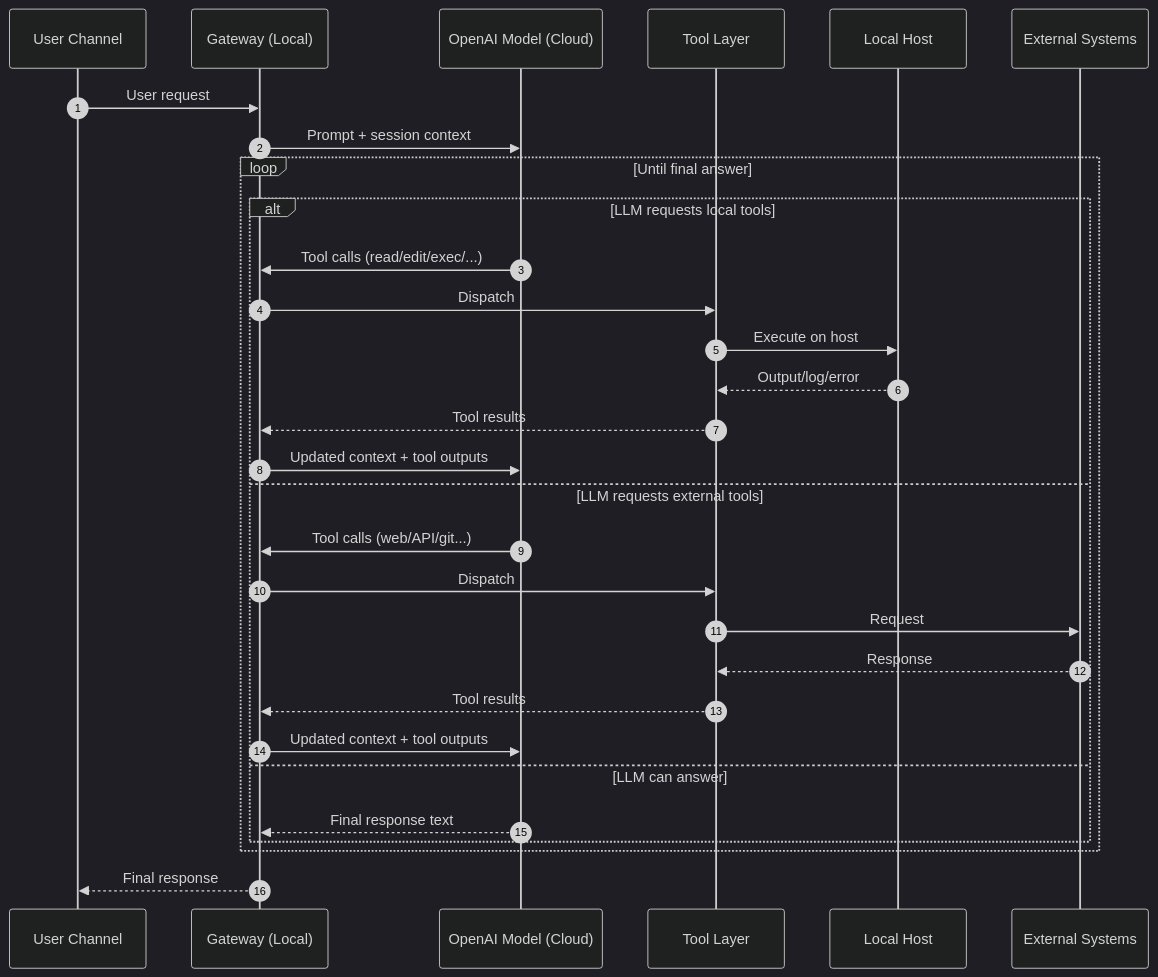
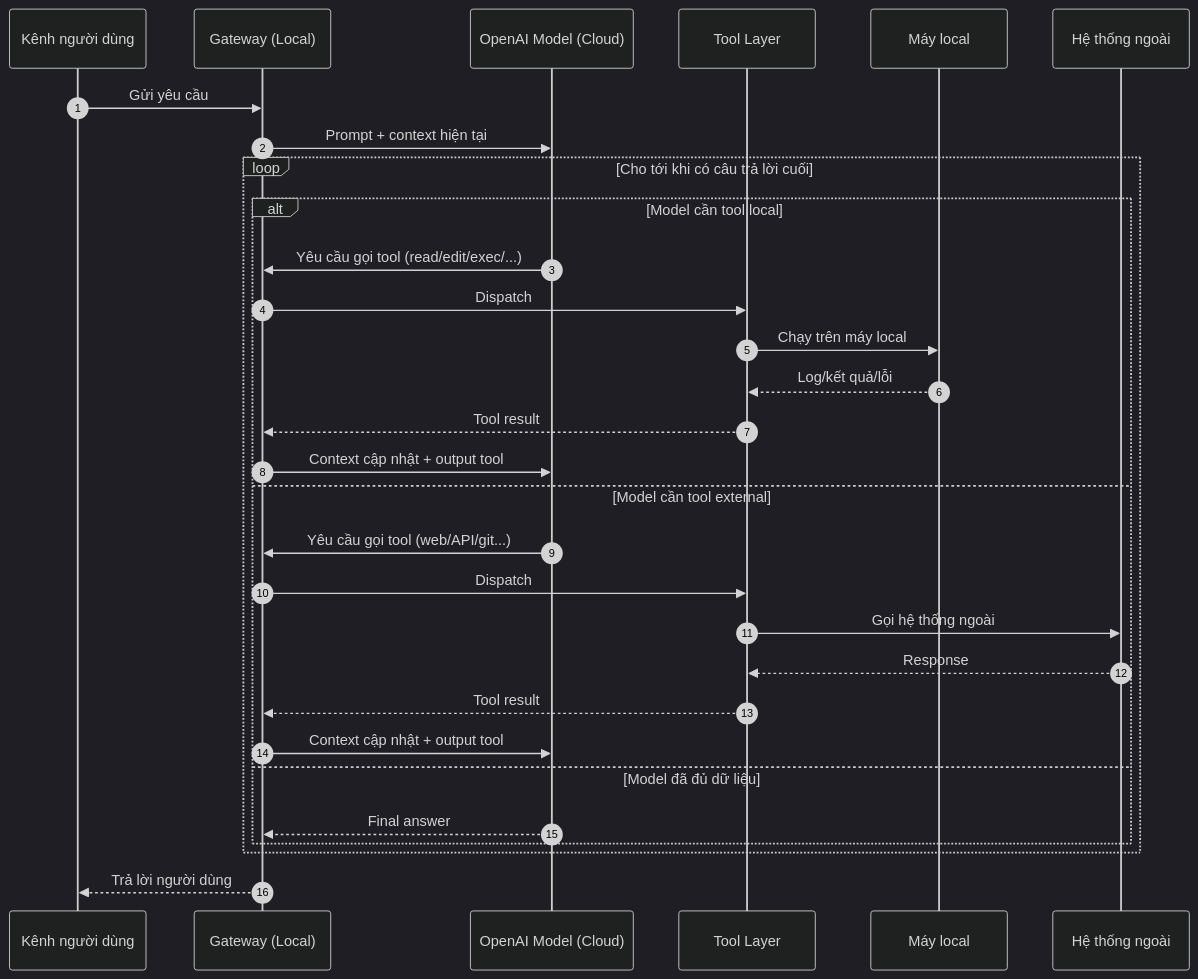
Before and after one commit to xoaicatchu/Ai-agent-collection: the first of 2 diagrams in ai-sequence-diagram/SEQUENCE.md, drawn with Mermaid (dark theme). The commit also changed other lines of this file and 1 other file, not shown here.

Commit message:
docs: add Vietnamese main doc and keep English copy as SEQUENCE.en.md

````diff
--- a/ai-sequence-diagram/SEQUENCE.md
+++ b/ai-sequence-diagram/SEQUENCE.md
@@ -41,35 +43,35 @@
 ```mermaid
 sequenceDiagram
   autonumber
-  participant U as User Channel
+  participant U as Kênh người dùng
   participant GW as Gateway (Local)
   participant LLM as OpenAI Model (Cloud)
   participant TL as Tool Layer
-  participant LOC as Local Host
-  participant EXT as External Systems
+  participant LOC as Máy local
+  participant EXT as Hệ thống ngoài
 
-  U->>GW: User request
-  GW->>LLM: Prompt + session context
+  U->>GW: Gửi yêu cầu
+  GW->>LLM: Prompt + context hiện tại
 
-  loop Until final answer
-    alt LLM requests local tools
-      LLM->>GW: Tool calls (read/edit/exec/...)
+  loop Cho tới khi có câu trả lời cuối
+    alt Model cần tool local
+      LLM->>GW: Yêu cầu gọi tool (read/edit/exec/...)
       GW->>TL: Dispatch
-      TL->>LOC: Execute on host
-      LOC-->>TL: Output/log/error
-      TL-->>GW: Tool results
-      GW->>LLM: Updated context + tool outputs
-    else LLM requests external tools
-      LLM->>GW: Tool calls (web/API/git...)
+      TL->>LOC: Chạy trên máy local
+      LOC-->>TL: Log/kết quả/lỗi
+      TL-->>GW: Tool result
+      GW->>LLM: Context cập nhật + output tool
+    else Model cần tool external
+      LLM->>GW: Yêu cầu gọi tool (web/API/git...)
       GW->>TL: Dispatch
-      TL->>EXT: Request
+      TL->>EXT: Gọi hệ thống ngoài
       EXT-->>TL: Response
-      TL-->>GW: Tool results
-      GW->>LLM: Updated context + tool outputs
-    else LLM can answer
-      LLM-->>GW: Final response text
+      TL-->>GW: Tool result
+      GW->>LLM: Context cập nhật + output tool
+    else Model đã đủ dữ liệu
+      LLM-->>GW: Final answer
     end
   end
 
-  GW-->>U: Final response
+  GW-->>U: Trả lời người dùng
 ```
````
